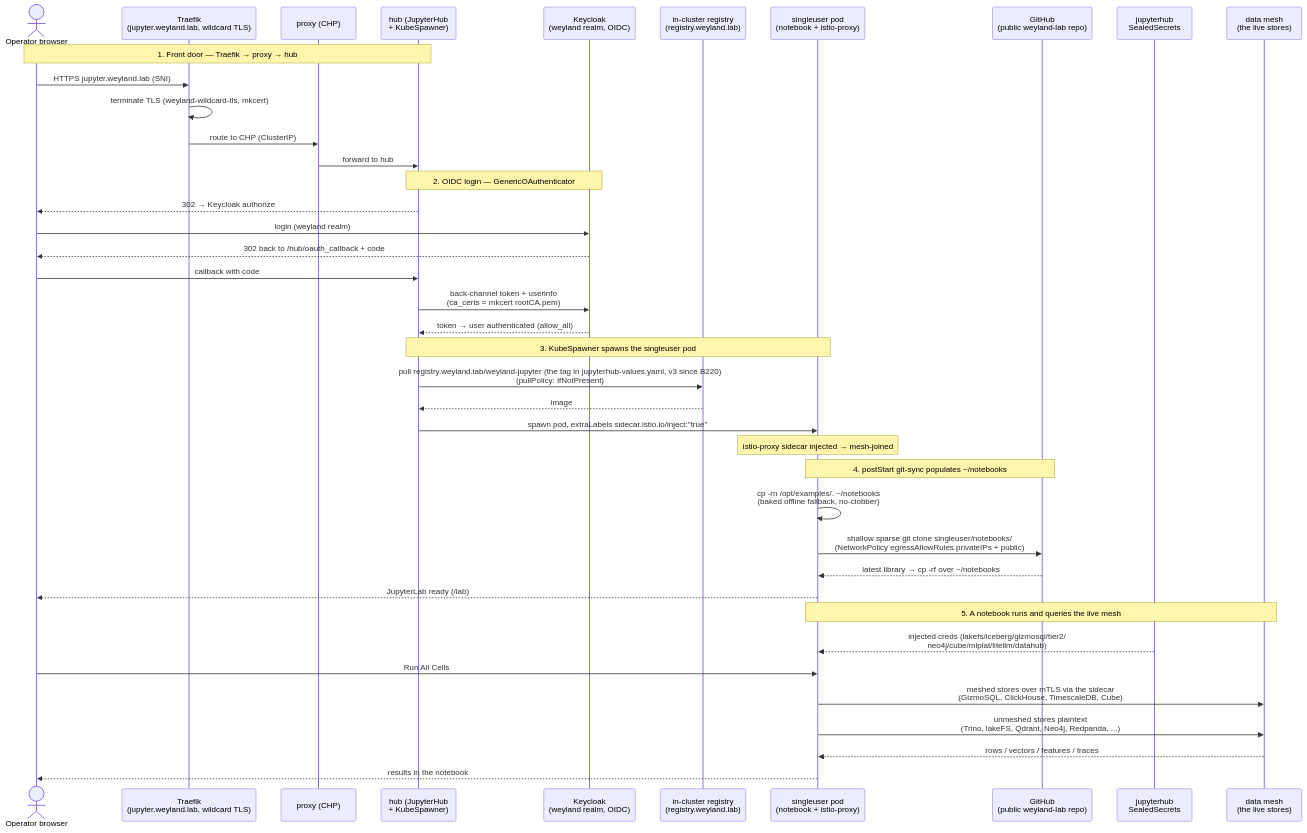
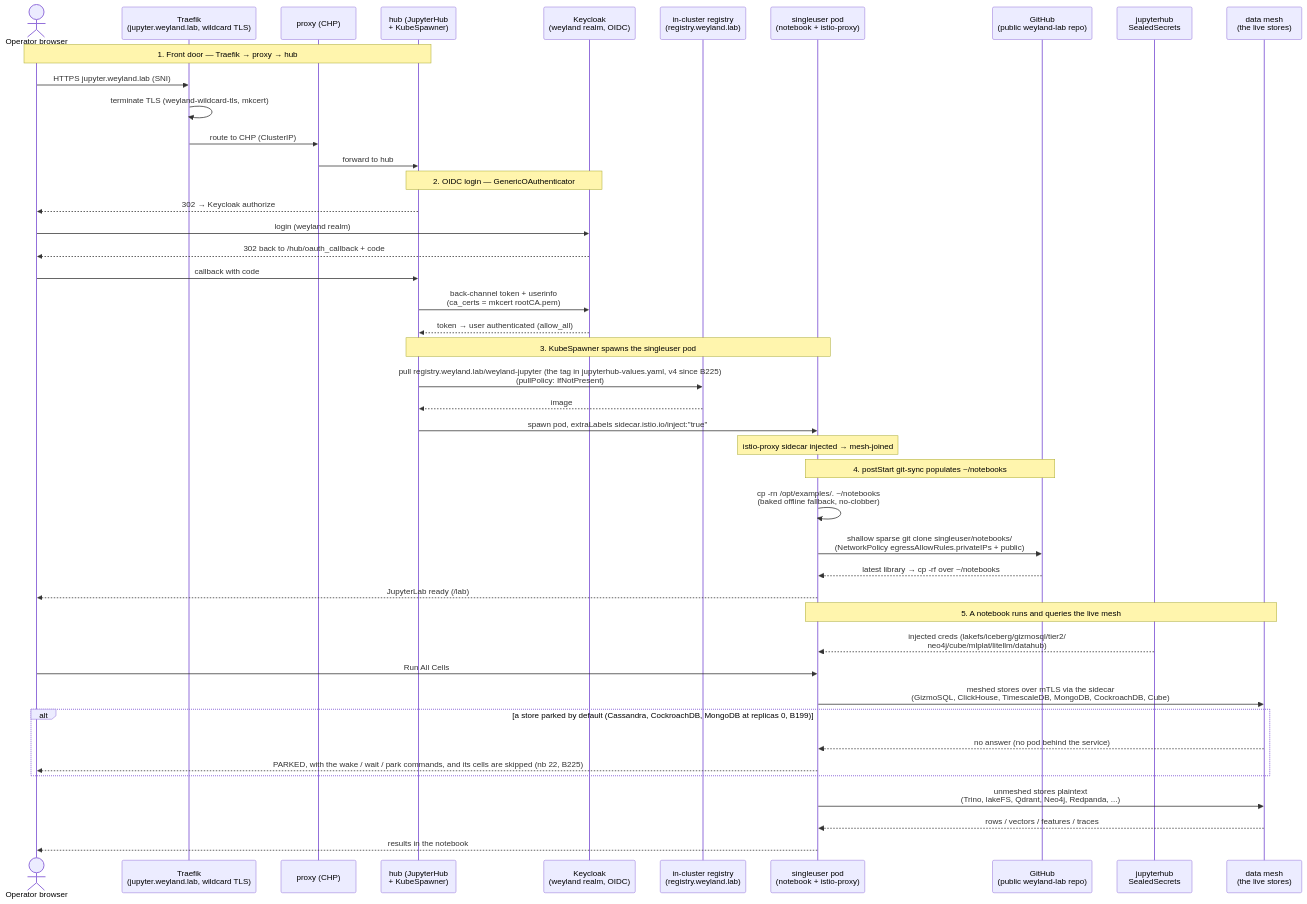
One commit to edtbl76/weyland-lab changed the diagram in docs/diagrams/flow-jupyter-notebook-library.md. Above: the diagram before and after it, drawn with Mermaid. The commit also changed other lines of this file and 74 other files, not shown here.

````diff
--- a/docs/diagrams/flow-jupyter-notebook-library.md
+++ b/docs/diagrams/flow-jupyter-notebook-library.md
@@ -11,47 +11,51 @@
 ```mermaid
 sequenceDiagram
     actor Op as Operator browser
     participant Tr as Traefik<br/>(jupyter.weyland.lab, wildcard TLS)
     participant Proxy as proxy (CHP)
     participant Hub as hub (JupyterHub<br/>+ KubeSpawner)
     participant KC as Keycloak<br/>(weyland realm, OIDC)
     participant Reg as in-cluster registry<br/>(registry.weyland.lab)
     participant Pod as singleuser pod<br/>(notebook + istio-proxy)
     participant GH as GitHub<br/>(public weyland-lab repo)
     participant SS as jupyterhub<br/>SealedSecrets
     participant Mesh as data mesh<br/>(the live stores)
 
     Note over Op,Hub: 1. Front door — Traefik → proxy → hub
     Op->>Tr: HTTPS jupyter.weyland.lab (SNI)
     Tr->>Tr: terminate TLS (weyland-wildcard-tls, mkcert)
     Tr->>Proxy: route to CHP (ClusterIP)
     Proxy->>Hub: forward to hub
 
     Note over Hub,KC: 2. OIDC login — GenericOAuthenticator
     Hub-->>Op: 302 → Keycloak authorize
     Op->>KC: login (weyland realm)
     KC-->>Op: 302 back to /hub/oauth_callback + code
     Op->>Hub: callback with code
     Hub->>KC: back-channel token + userinfo<br/>(ca_certs = mkcert rootCA.pem)
     KC-->>Hub: token → user authenticated (allow_all)
 
     Note over Hub,Pod: 3. KubeSpawner spawns the singleuser pod
-    Hub->>Reg: pull registry.weyland.lab/weyland-jupyter (the tag in jupyterhub-values.yaml, v3 since B220)<br/>(pullPolicy: IfNotPresent)
+    Hub->>Reg: pull registry.weyland.lab/weyland-jupyter (the tag in jupyterhub-values.yaml, v4 since B225)<br/>(pullPolicy: IfNotPresent)
     Reg-->>Hub: image
     Hub->>Pod: spawn pod, extraLabels sidecar.istio.io/inject:"true"
     Note over Pod: istio-proxy sidecar injected → mesh-joined
 
     Note over Pod,GH: 4. postStart git-sync populates ~/notebooks
     Pod->>Pod: cp -rn /opt/examples/. ~/notebooks<br/>(baked offline fallback, no-clobber)
     Pod->>GH: shallow sparse git clone singleuser/notebooks/<br/>(NetworkPolicy egressAllowRules.privateIPs + public)
     GH-->>Pod: latest library → cp -rf over ~/notebooks
     Pod-->>Op: JupyterLab ready (/lab)
 
     Note over Pod,Mesh: 5. A notebook runs and queries the live mesh
     SS-->>Pod: injected creds (lakefs/iceberg/gizmosql/tier2/<br/>neo4j/cube/mlplat/litellm/datahub)
     Op->>Pod: Run All Cells
-    Pod->>Mesh: meshed stores over mTLS via the sidecar<br/>(GizmoSQL, ClickHouse, TimescaleDB, Cube)
+    Pod->>Mesh: meshed stores over mTLS via the sidecar<br/>(GizmoSQL, ClickHouse, TimescaleDB, MongoDB, CockroachDB, Cube)
+    alt a store parked by default (Cassandra, CockroachDB, MongoDB at replicas 0, B199)
+        Mesh-->>Pod: no answer (no pod behind the service)
+        Pod-->>Op: PARKED, with the wake / wait / park commands, and its cells are skipped (nb 22, B225)
+    end
     Pod->>Mesh: unmeshed stores plaintext<br/>(Trino, lakeFS, Qdrant, Neo4j, Redpanda, ...)
     Mesh-->>Pod: rows / vectors / features / traces
     Pod-->>Op: results in the notebook
 ```
````
